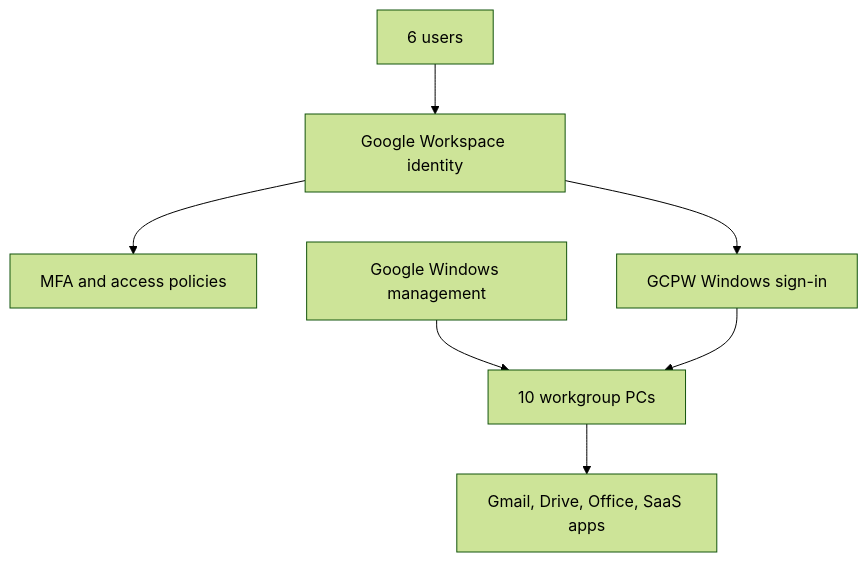
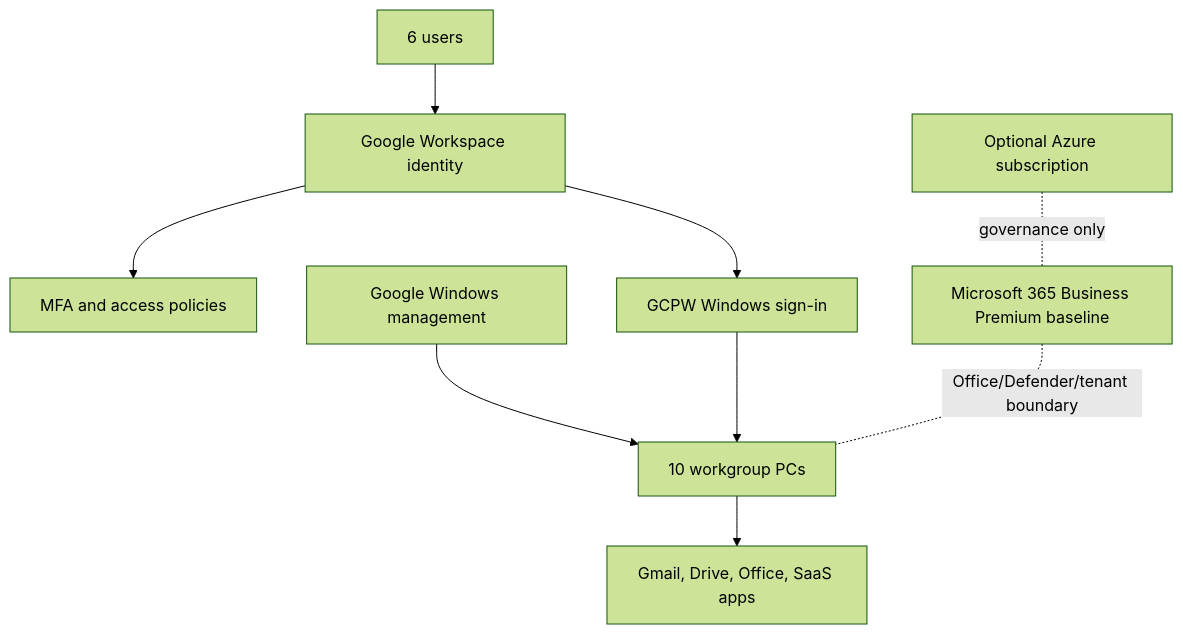
Before and after one commit to andyxuan2010/cloud-migration-demo: the second of 3 diagrams in cloud_identity_migration_options.md, drawn with Mermaid (forest theme). The commit also changed other lines of this file and 1 other file, not shown here.

````diff
--- a/cloud_identity_migration_options.md
+++ b/cloud_identity_migration_options.md
@@ -241,9 +260,11 @@
 ```mermaid
 flowchart TD
     U["6 users"] --> G["Google Workspace identity"]
     G --> M["MFA and access policies"]
     G --> W["GCPW Windows sign-in"]
     X["Google Windows management"] --> D["10 workgroup PCs"]
     W --> D
     D --> A["Gmail, Drive, Office, SaaS apps"]
+    B["Microsoft 365 Business Premium baseline"] -. "Office/Defender/tenant boundary" .- D
+    AZ["Optional Azure subscription"] -. "governance only" .- B
 ```
````
